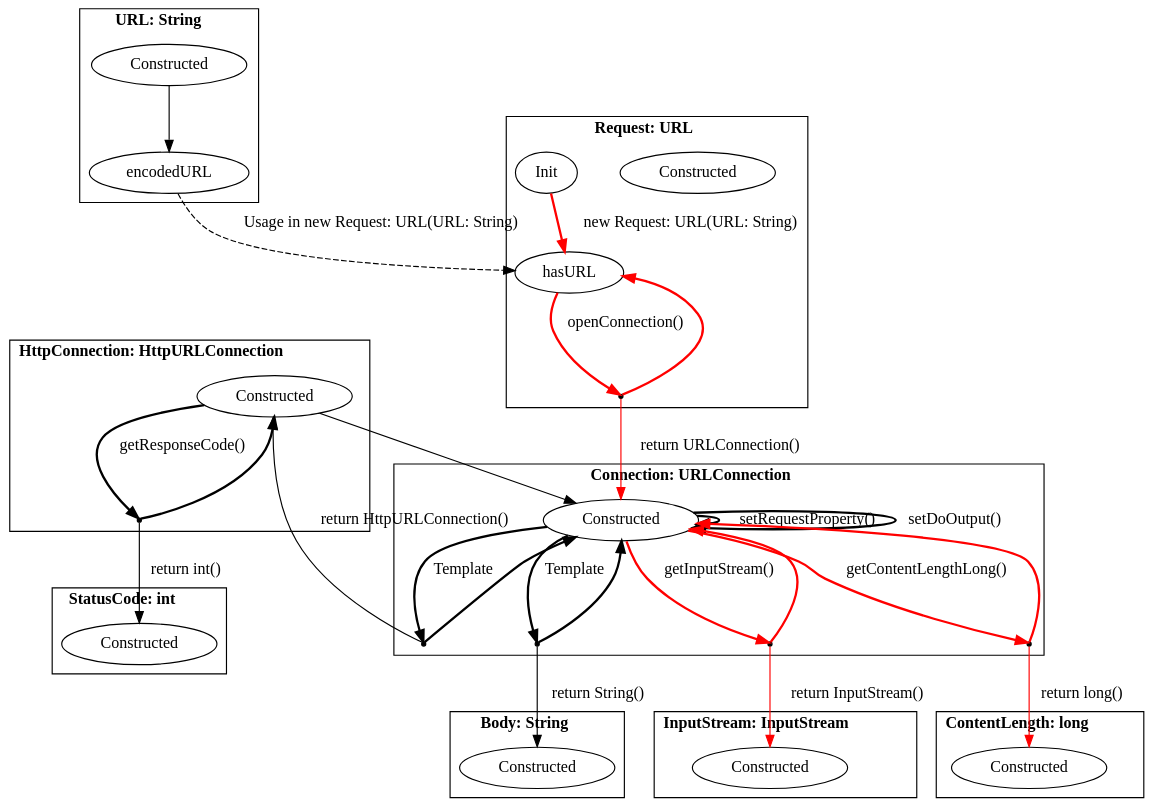
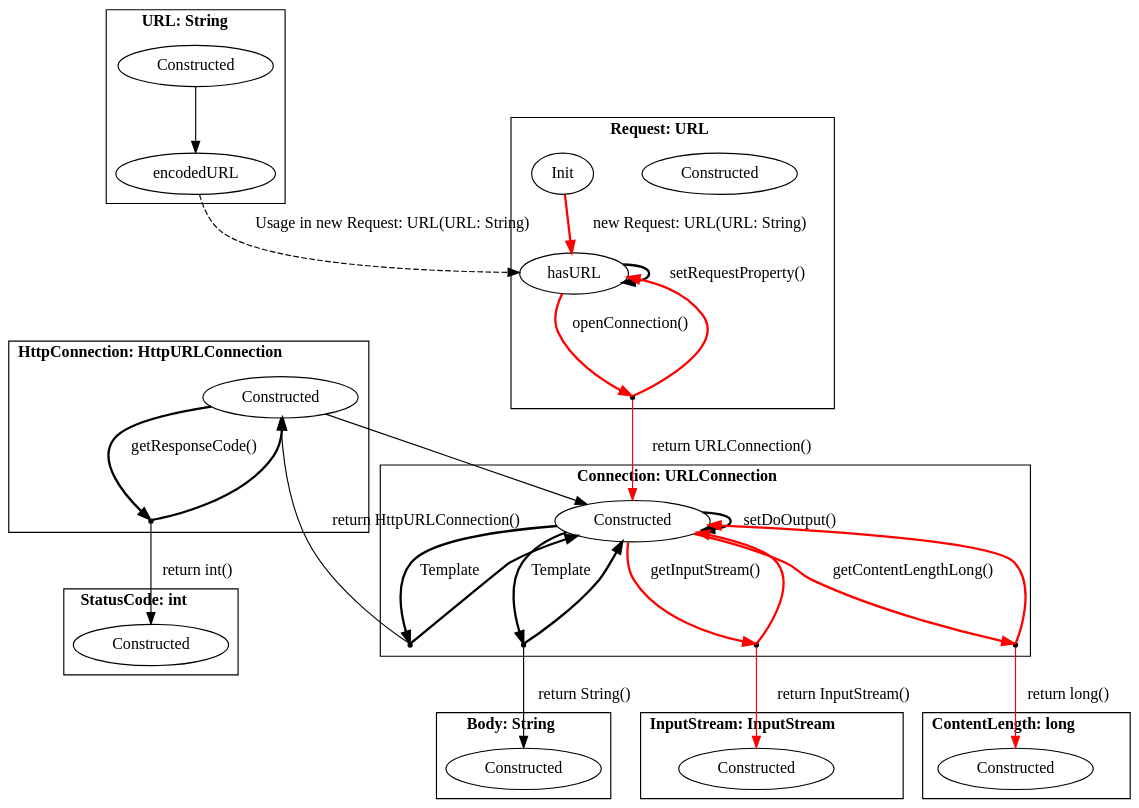
One commit to h31/LibraryMigration changed the diagram in pictures/extracted_javaIf.dot. Above: the diagram before and after it, drawn with Graphviz. The commit also changed 10 other files, not shown here.

```diff
--- a/pictures/extracted_javaIf.dot
+++ b/pictures/extracted_javaIf.dot
@@ -1,68 +1,68 @@
 digraph G {
     bgcolor="transparent";
     subgraph cluster0 {
     label = <<B>URL: String</B>>;
         Constructed_URL [ label="Constructed" ];
         encodedURL_URL [ label="encodedURL" ];
     }
     subgraph cluster1 {
     label = <<B>Request: URL</B>>;
         Constructed_Request [ label="Constructed" ];
         hasURL_Request [ label="hasURL" ];
         Init_Request [ label="Init" ];
         virtual0 [ shape = point ];
     }
     subgraph cluster2 {
     label = <<B>Connection: URLConnection</B>>;
         Constructed_Connection [ label="Constructed" ];
         virtual1 [ shape = point ];
         virtual2 [ shape = point ];
         virtual3 [ shape = point ];
         virtual4 [ shape = point ];
     }
     subgraph cluster3 {
     label = <<B>Body: String</B>>;
         Constructed_Body [ label="Constructed" ];
     }
     subgraph cluster4 {
     label = <<B>InputStream: InputStream</B>>;
         Constructed_InputStream [ label="Constructed" ];
     }
     subgraph cluster5 {
     label = <<B>ContentLength: long</B>>;
         Constructed_ContentLength [ label="Constructed" ];
     }
     subgraph cluster6 {
     label = <<B>StatusCode: int</B>>;
         Constructed_StatusCode [ label="Constructed" ];
     }
     subgraph cluster7 {
     label = <<B>HttpConnection: HttpURLConnection</B>>;
         Constructed_HttpConnection [ label="Constructed" ];
         virtual5 [ shape = point ];
     }
         Constructed_URL -> encodedURL_URL [ label="", style = "solid"  ];
         encodedURL_URL -> hasURL_Request [ label="Usage in new Request: URL(URL: String)", style = "dashed"  ];
         Init_Request -> hasURL_Request [ label="new Request: URL(URL: String)", style = "bold" , color = red ];
         hasURL_Request -> virtual0 [ style = "bold" label="openConnection()" , color = red ];
         virtual0 -> hasURL_Request [ style = "bold" , color = red ];
         virtual0 -> Constructed_Connection [ label="return URLConnection()" , color = red ];
         Constructed_Connection -> virtual1 [ style = "bold" label="Template"  ];
         virtual1 -> Constructed_Connection [ style = "bold"  ];
         virtual1 -> Constructed_Body [ label="return String()"  ];
         Constructed_Connection -> virtual2 [ style = "bold" label="getInputStream()" , color = red ];
         virtual2 -> Constructed_Connection [ style = "bold" , color = red ];
         virtual2 -> Constructed_InputStream [ label="return InputStream()" , color = red ];
-        Constructed_Connection -> Constructed_Connection [ label="setRequestProperty()", style = "bold"  ];
+        hasURL_Request -> hasURL_Request [ label="setRequestProperty()", style = "bold"  ];
         Constructed_Connection -> Constructed_Connection [ label="setDoOutput()", style = "bold"  ];
         Constructed_Connection -> virtual3 [ style = "bold" label="getContentLengthLong()" , color = red ];
         virtual3 -> Constructed_Connection [ style = "bold" , color = red ];
         virtual3 -> Constructed_ContentLength [ label="return long()" , color = red ];
         Constructed_Connection -> virtual4 [ style = "bold" label="Template"  ];
         virtual4 -> Constructed_Connection [ style = "bold"  ];
         virtual4 -> Constructed_HttpConnection [ label="return HttpURLConnection()"  ];
         Constructed_HttpConnection -> Constructed_Connection [ label="", style = "solid"  ];
         Constructed_HttpConnection -> virtual5 [ style = "bold" label="getResponseCode()"  ];
         virtual5 -> Constructed_HttpConnection [ style = "bold"  ];
         virtual5 -> Constructed_StatusCode [ label="return int()"  ];
 }
```
